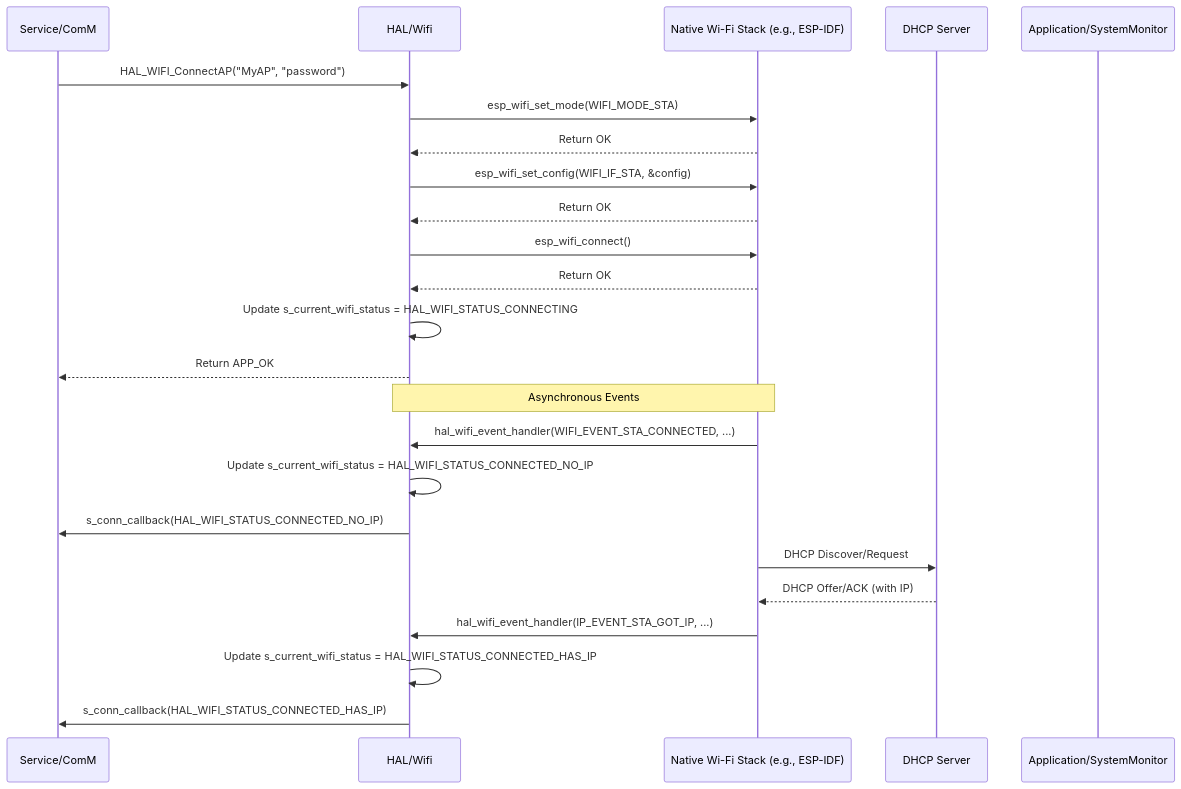
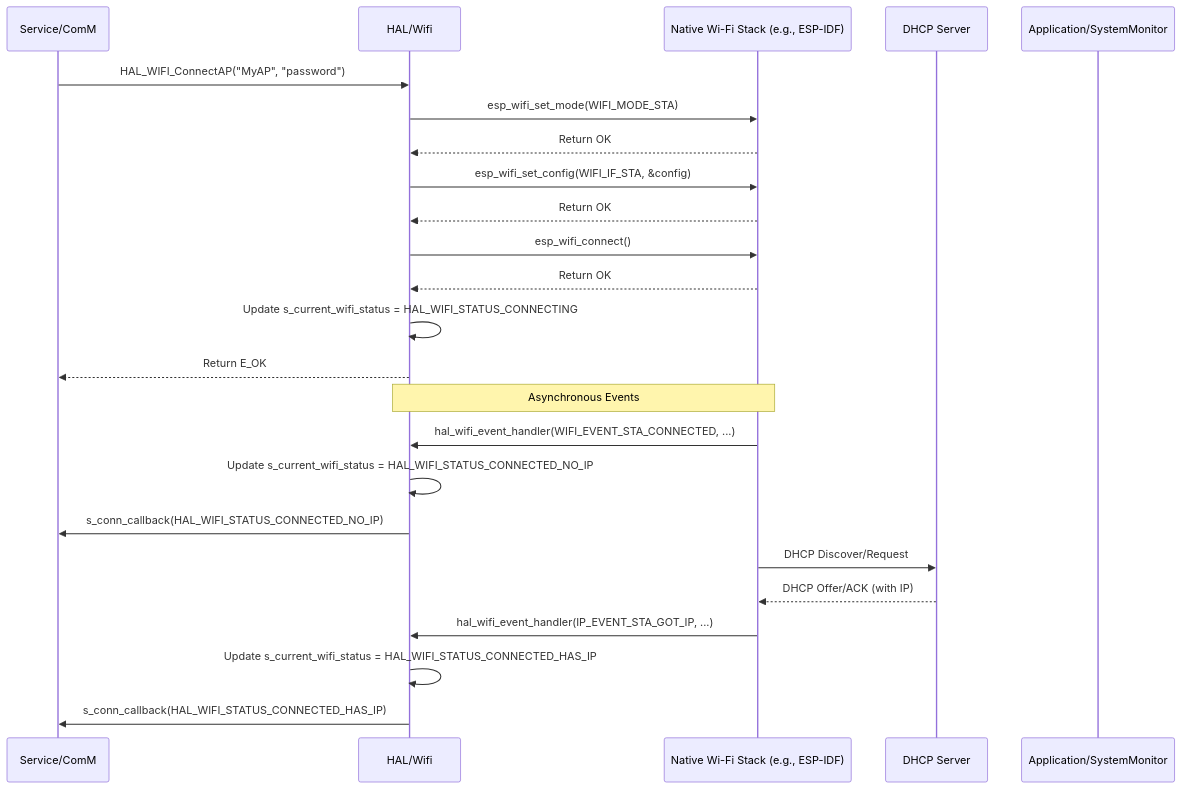
The diagram in Requiremets/Design/HAL/HAL_WIFI.md (ashaker-2/Platform), drawn with Mermaid before and after one commit. The commit also changed other lines of this file and 716 other files, not shown here.

````diff
--- a/Requiremets/Design/HAL/HAL_WIFI.md
+++ b/Requiremets/Design/HAL/HAL_WIFI.md
@@ -281,29 +281,29 @@
 ```mermaid
 sequenceDiagram  
     participant ComM as Service/ComM  
     participant HAL_WIFI as HAL/Wifi  
     participant Native_WIFI_Stack as Native Wi-Fi Stack (e.g., ESP-IDF)  
     participant DHCP_Server as DHCP Server  
     participant SystemMonitor as Application/SystemMonitor
 
     ComM->>HAL_WIFI: HAL_WIFI_ConnectAP("MyAP", "password")  
     HAL_WIFI->>Native_WIFI_Stack: esp_wifi_set_mode(WIFI_MODE_STA)  
     Native_WIFI_Stack-->>HAL_WIFI: Return OK  
     HAL_WIFI->>Native_WIFI_Stack: esp_wifi_set_config(WIFI_IF_STA, &config)  
     Native_WIFI_Stack-->>HAL_WIFI: Return OK  
     HAL_WIFI->>Native_WIFI_Stack: esp_wifi_connect()  
     Native_WIFI_Stack-->>HAL_WIFI: Return OK  
     HAL_WIFI->>HAL_WIFI: Update s_current_wifi_status = HAL_WIFI_STATUS_CONNECTING  
-    HAL_WIFI-->>ComM: Return APP_OK
+    HAL_WIFI-->>ComM: Return E_OK
 
     Note over Native_WIFI_Stack,HAL_WIFI: Asynchronous Events  
     Native_WIFI_Stack->>HAL_WIFI: hal_wifi_event_handler(WIFI_EVENT_STA_CONNECTED, ...)  
     HAL_WIFI->>HAL_WIFI: Update s_current_wifi_status = HAL_WIFI_STATUS_CONNECTED_NO_IP  
     HAL_WIFI->>ComM: s_conn_callback(HAL_WIFI_STATUS_CONNECTED_NO_IP)
 
     Native_WIFI_Stack->>DHCP_Server: DHCP Discover/Request  
     DHCP_Server-->>Native_WIFI_Stack: DHCP Offer/ACK (with IP)  
     Native_WIFI_Stack->>HAL_WIFI: hal_wifi_event_handler(IP_EVENT_STA_GOT_IP, ...)  
     HAL_WIFI->>HAL_WIFI: Update s_current_wifi_status = HAL_WIFI_STATUS_CONNECTED_HAS_IP  
     HAL_WIFI->>ComM: s_conn_callback(HAL_WIFI_STATUS_CONNECTED_HAS_IP)
 ```
````
